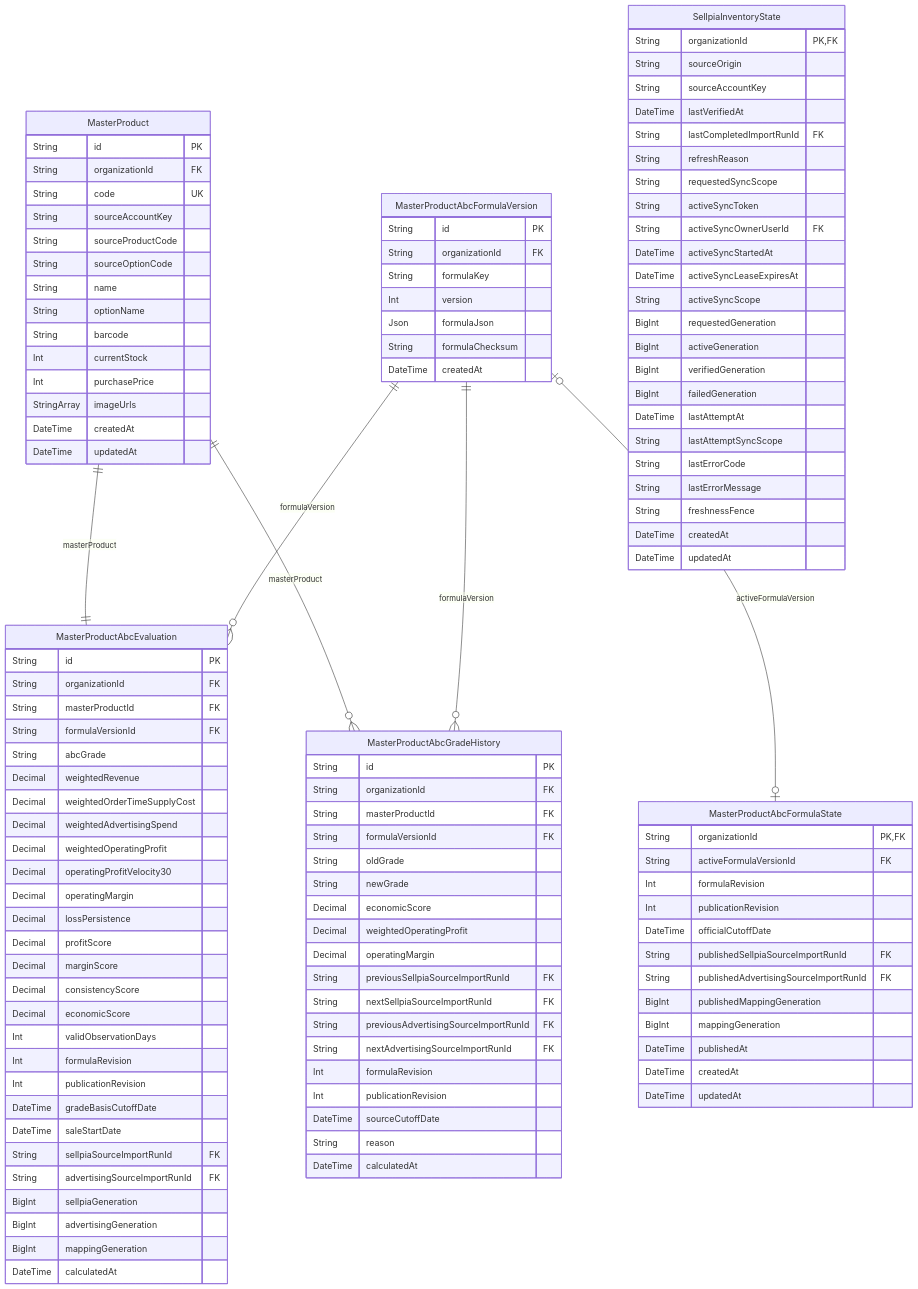
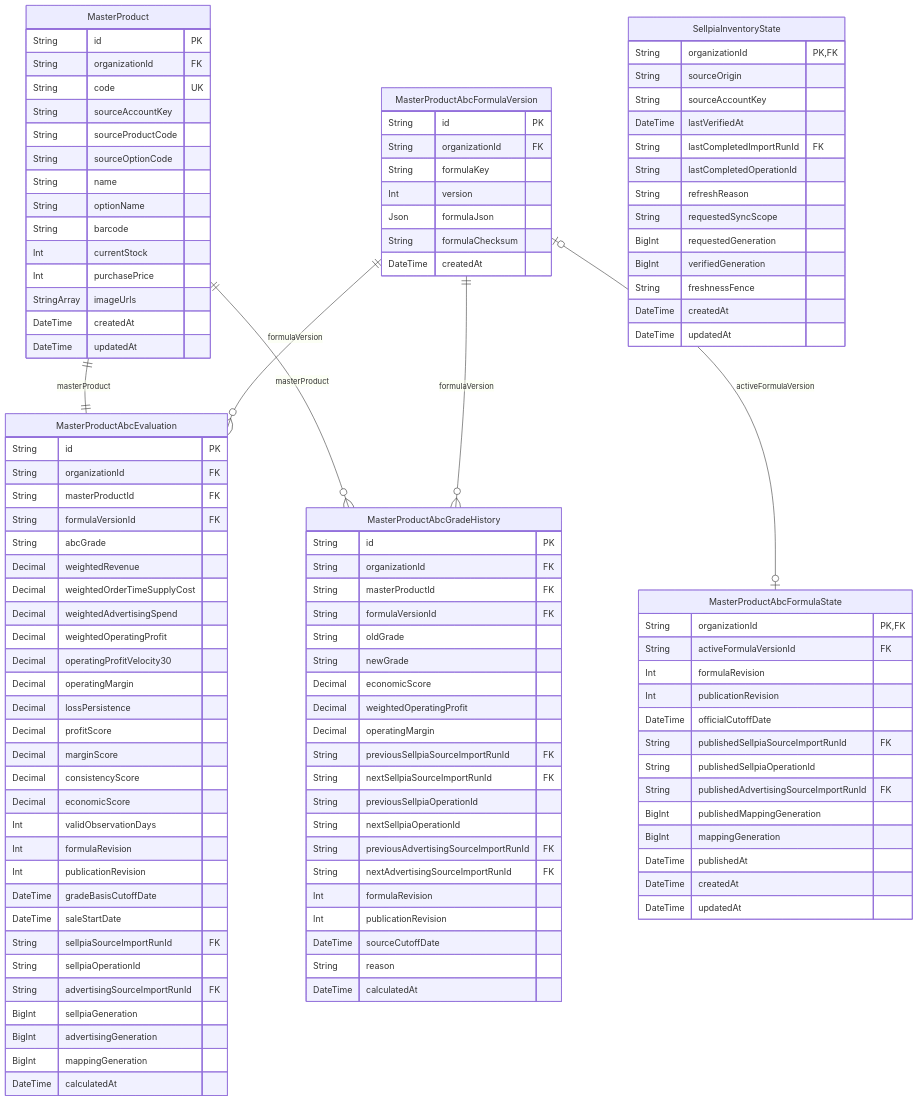
The diagram in docs/erd/products.md (AgentFoundry-Labs/kiditem), drawn with Mermaid before and after one commit. The commit also changed other lines of this file and 768 other files, not shown here.

```diff
--- a/docs/erd/products.md
+++ b/docs/erd/products.md
@@ -59,6 +59,7 @@
     DateTime gradeBasisCutoffDate
     DateTime saleStartDate
     String sellpiaSourceImportRunId FK
+    String sellpiaOperationId
     String advertisingSourceImportRunId FK
     BigInt sellpiaGeneration
     BigInt advertisingGeneration
@@ -72,6 +73,7 @@
     Int publicationRevision
     DateTime officialCutoffDate
     String publishedSellpiaSourceImportRunId FK
+    String publishedSellpiaOperationId
     String publishedAdvertisingSourceImportRunId FK
     BigInt publishedMappingGeneration
     BigInt mappingGeneration
@@ -100,6 +102,8 @@
     Decimal operatingMargin
     String previousSellpiaSourceImportRunId FK
     String nextSellpiaSourceImportRunId FK
+    String previousSellpiaOperationId
+    String nextSellpiaOperationId
     String previousAdvertisingSourceImportRunId FK
     String nextAdvertisingSourceImportRunId FK
     Int formulaRevision
@@ -114,21 +118,11 @@
     String sourceAccountKey
     DateTime lastVerifiedAt
     String lastCompletedImportRunId FK
+    String lastCompletedOperationId
     String refreshReason
     String requestedSyncScope
-    String activeSyncToken
-    String activeSyncOwnerUserId FK
-    DateTime activeSyncStartedAt
-    DateTime activeSyncLeaseExpiresAt
-    String activeSyncScope
     BigInt requestedGeneration
-    BigInt activeGeneration
     BigInt verifiedGeneration
-    BigInt failedGeneration
-    DateTime lastAttemptAt
-    String lastAttemptSyncScope
-    String lastErrorCode
-    String lastErrorMessage
     String freshnessFence
     DateTime createdAt
     DateTime updatedAt
```
